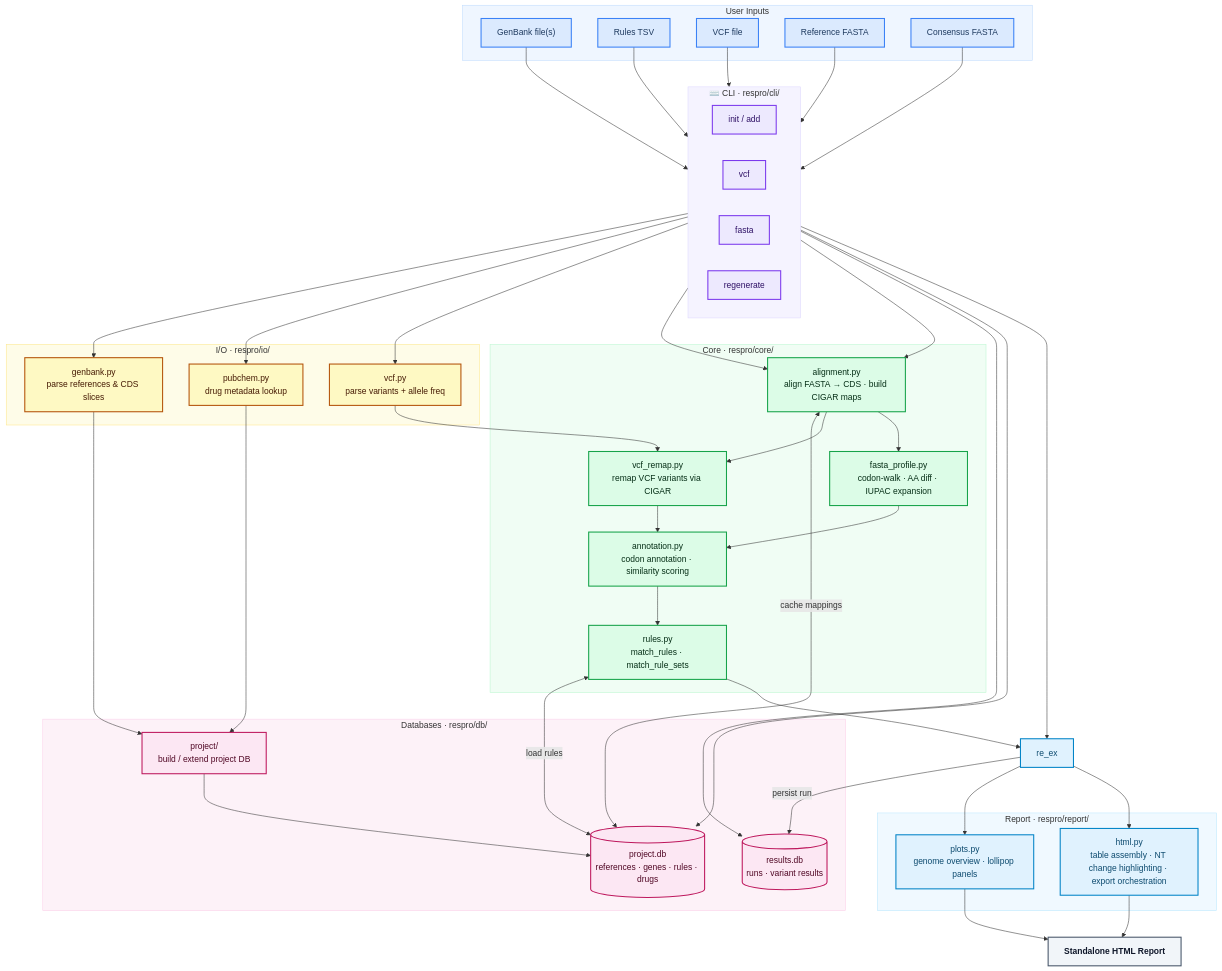
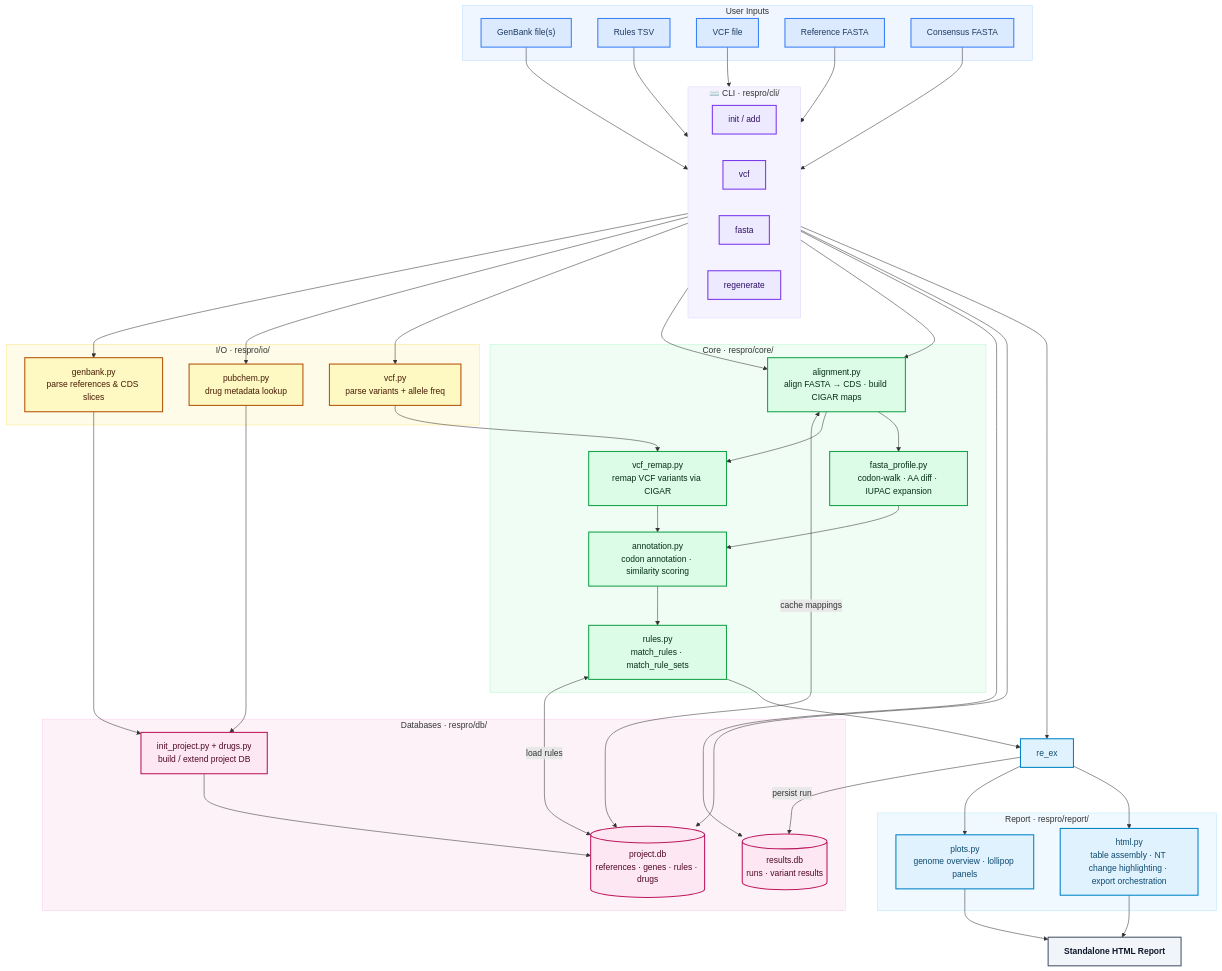
The diagram in docs/project-structure.md (the-foxlab/ResistanceProfiler), drawn with Mermaid before and after one commit. The commit also changed other lines of this file and 18 other files, not shown here.

```diff
--- a/docs/project-structure.md
+++ b/docs/project-structure.md
@@ -104,7 +104,7 @@
 
     %% ── Databases ────────────────────────────────────────────────────
     subgraph DB["Databases  ·  respro/db/"]
-        db_ip["project/\nbuild / extend project DB"]
+        db_ip["init_project.py + drugs.py\nbuild / extend project DB"]
         db_pj[("project.db\nreferences · genes · rules · drugs")]
         db_rs[("results.db\nruns · variant results")]
     end
```
